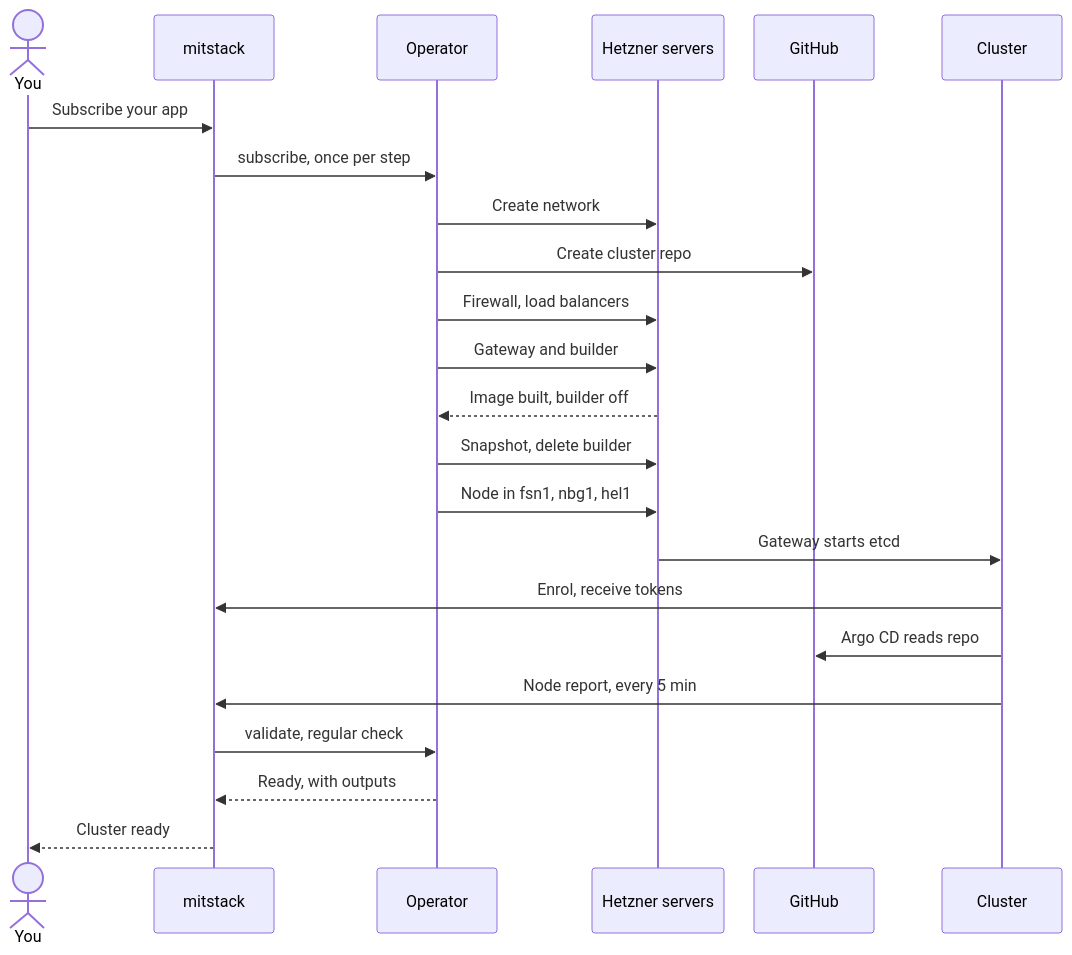
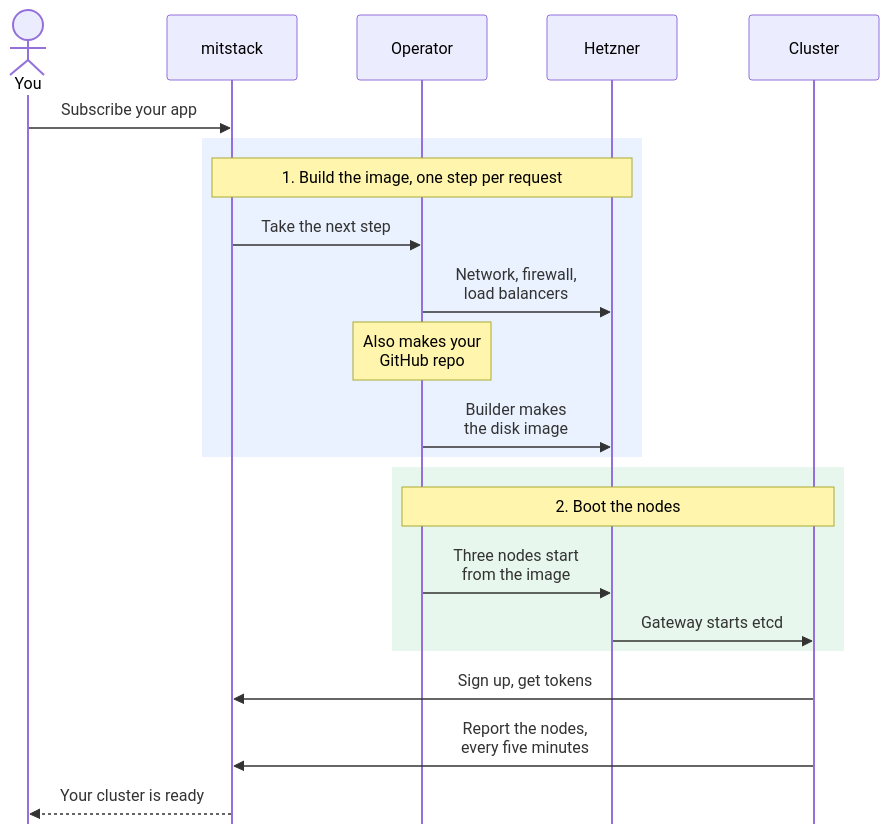
One commit to mitstack-eu/hcloud-talos-cluster changed the second of 2 diagrams in README.md. Above: the diagram before and after it, drawn with Mermaid. The commit also changed other lines of this file and 1 other file, not shown here.

Commit message:
MIT-5267: the README's sequence diagram has five participants in larger text, and a Connection belongs to the org

````diff
--- a/README.md
+++ b/README.md
@@ -62,26 +62,25 @@
 ```mermaid
+%%{init: {"themeVariables": {"fontSize": "18px"}, "sequence": {"messageFontSize": 18, "actorFontSize": 18, "noteFontSize": 16, "actorMargin": 40, "width": 130, "mirrorActors": false}}}%%
 sequenceDiagram
-    %%{init: {"sequence": {"actorMargin": 30, "width": 120}}}%%
     actor You
     participant M as mitstack
     participant O as Operator
-    participant H as Hetzner servers
-    participant G as GitHub
+    participant H as Hetzner
     participant C as Cluster
     You->>M: Subscribe your app
-    M->>O: subscribe, once per step
-    O->>H: Create network
-    O->>G: Create cluster repo
-    O->>H: Firewall, load balancers
-    O->>H: Gateway and builder
-    H-->>O: Image built, builder off
-    O->>H: Snapshot, delete builder
-    O->>H: Node in fsn1, nbg1, hel1
-    H->>C: Gateway starts etcd
-    C->>M: Enrol, receive tokens
-    C->>G: Argo CD reads repo
-    C->>M: Node report, every 5 min
-    M->>O: validate, regular check
-    O-->>M: Ready, with outputs
-    M-->>You: Cluster ready
+    rect rgba(80, 140, 255, 0.12)
+        Note over M,H: 1. Build the image, one step per request
+        M->>O: Take the next step
+        O->>H: Network, firewall,<br/>load balancers
+        Note over O: Also makes your<br/>GitHub repo
+        O->>H: Builder makes<br/>the disk image
+    end
+    rect rgba(60, 190, 110, 0.12)
+        Note over O,C: 2. Boot the nodes
+        O->>H: Three nodes start<br/>from the image
+        H->>C: Gateway starts etcd
+    end
+    C->>M: Sign up, get tokens
+    C->>M: Report the nodes,<br/>every five minutes
+    M-->>You: Your cluster is ready
 ```
````
